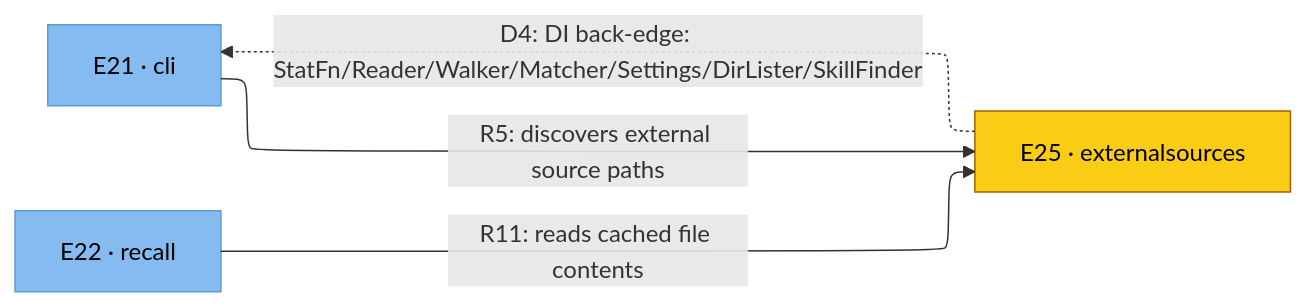
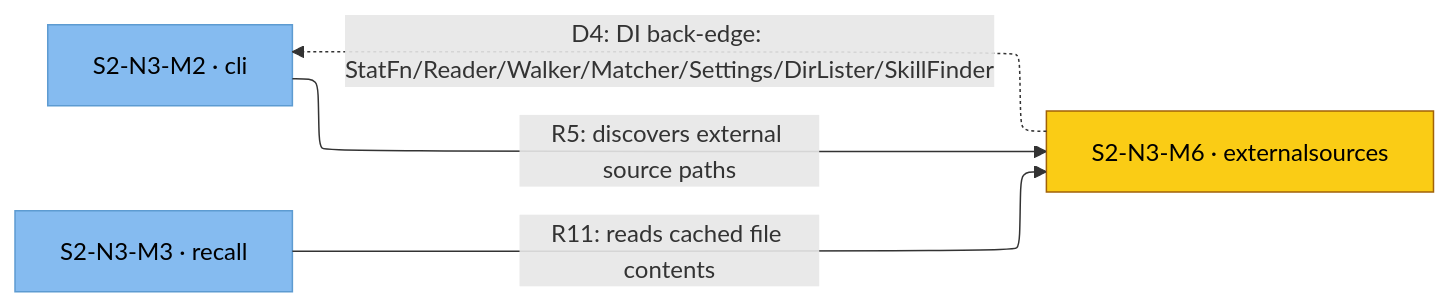
One commit to toejough/engram changed the diagram in architecture/c4/svg/c4-externalsources.mmd. Above: the diagram before and after it, drawn with Mermaid. The commit also changed 41 other files, not shown here.

```diff
--- a/architecture/c4/svg/c4-externalsources.mmd
+++ b/architecture/c4/svg/c4-externalsources.mmd
@@ -1,18 +1,18 @@
 %%{init: {'flowchart': {'defaultRenderer': 'elk'}}}%%
 flowchart LR
     classDef person      fill:#08427b,stroke:#052e56,color:#fff
     classDef external    fill:#999,   stroke:#666,   color:#fff
     classDef container   fill:#1168bd,stroke:#0b4884,color:#fff
     classDef component   fill:#85bbf0,stroke:#5d9bd1,color:#000
     classDef focus       fill:#facc15,stroke:#a16207,color:#000
 
-    e25["E25 · externalsources"]
-    e21["E21 · cli"]
-    e22["E22 · recall"]
+    s2-n3-m6["S2-N3-M6 · externalsources"]
+    s2-n3-m2["S2-N3-M2 · cli"]
+    s2-n3-m3["S2-N3-M3 · recall"]
 
-    e21 -->|"R5: discovers external source paths"| e25
-    e22 -->|"R11: reads cached file contents"| e25
-    e25 -.->|"D4: DI back-edge: StatFn/Reader/Walker/Matcher/Settings/DirLister/SkillFinder"| e21
+    s2-n3-m2 -->|"R5: discovers external source paths"| s2-n3-m6
+    s2-n3-m3 -->|"R11: reads cached file contents"| s2-n3-m6
+    s2-n3-m6 -.->|"D4: DI back-edge: StatFn/Reader/Walker/Matcher/Settings/DirLister/SkillFinder"| s2-n3-m2
 
-    class e21,e22 component
-    class e25 focus
+    class s2-n3-m2,s2-n3-m3 component
+    class s2-n3-m6 focus
```
